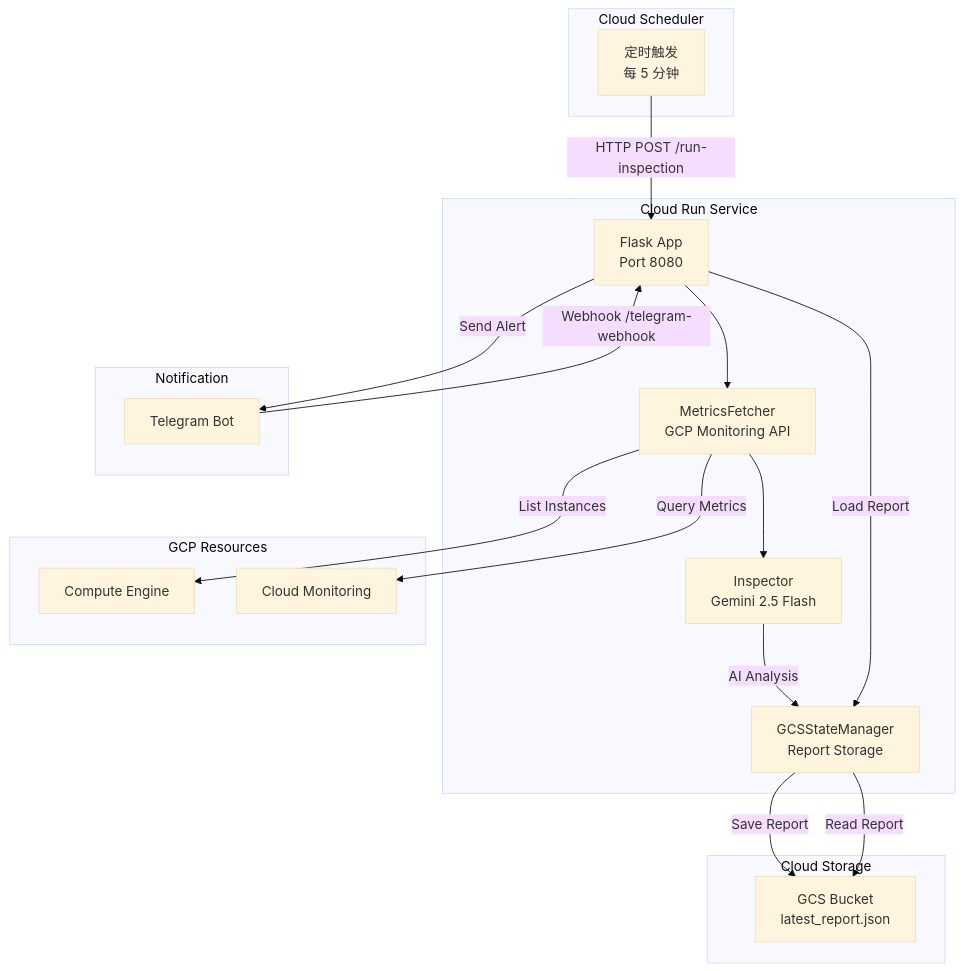
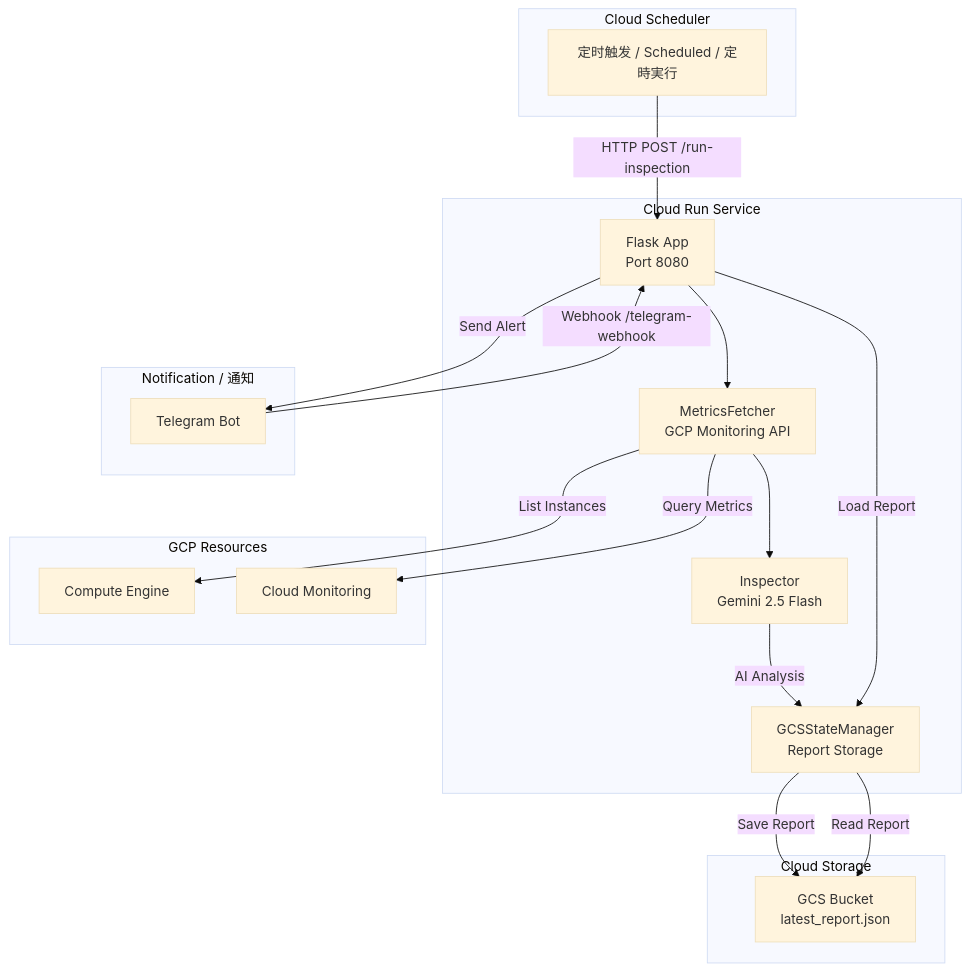
Before and after one commit to Winson-030/2026-monitor-agent: the diagram in README.md, drawn with Mermaid (base theme). The commit also changed other lines of this file and 12 other files, not shown here.

````diff
--- a/README.md
+++ b/README.md
@@ -31,39 +34,39 @@
 ```mermaid
 flowchart TB
     subgraph Scheduler["Cloud Scheduler"]
-        CS["定时触发<br/>每 5 分钟"]
+        CS["定时触发 / Scheduled / 定時実行"]
     end
 
     subgraph CloudRun["Cloud Run Service"]
         Flask["Flask App<br/>Port 8080"]
         Fetcher["MetricsFetcher<br/>GCP Monitoring API"]
         Inspector["Inspector<br/>Gemini 2.5 Flash"]
         StateMgr["GCSStateManager<br/>Report Storage"]
     end
 
     subgraph GCP["GCP Resources"]
         GCE["Compute Engine"]
         Monitor["Cloud Monitoring"]
     end
 
     subgraph Storage["Cloud Storage"]
         GCS["GCS Bucket<br/>latest_report.json"]
     end
 
-    subgraph Notification["Notification"]
+    subgraph Notification["Notification / 通知"]
         TG["Telegram Bot"]
     end
 
     CS -->|HTTP POST /run-inspection| Flask
     Flask --> Fetcher
     Fetcher -->|List Instances| GCE
     Fetcher -->|Query Metrics| Monitor
     Fetcher --> Inspector
     Inspector -->|AI Analysis| StateMgr
     StateMgr -->|Save Report| GCS
     Flask -->|Send Alert| TG
 
     TG -->|Webhook /telegram-webhook| Flask
     Flask -->|Load Report| StateMgr
     StateMgr -->|Read Report| GCS
 ```
````
